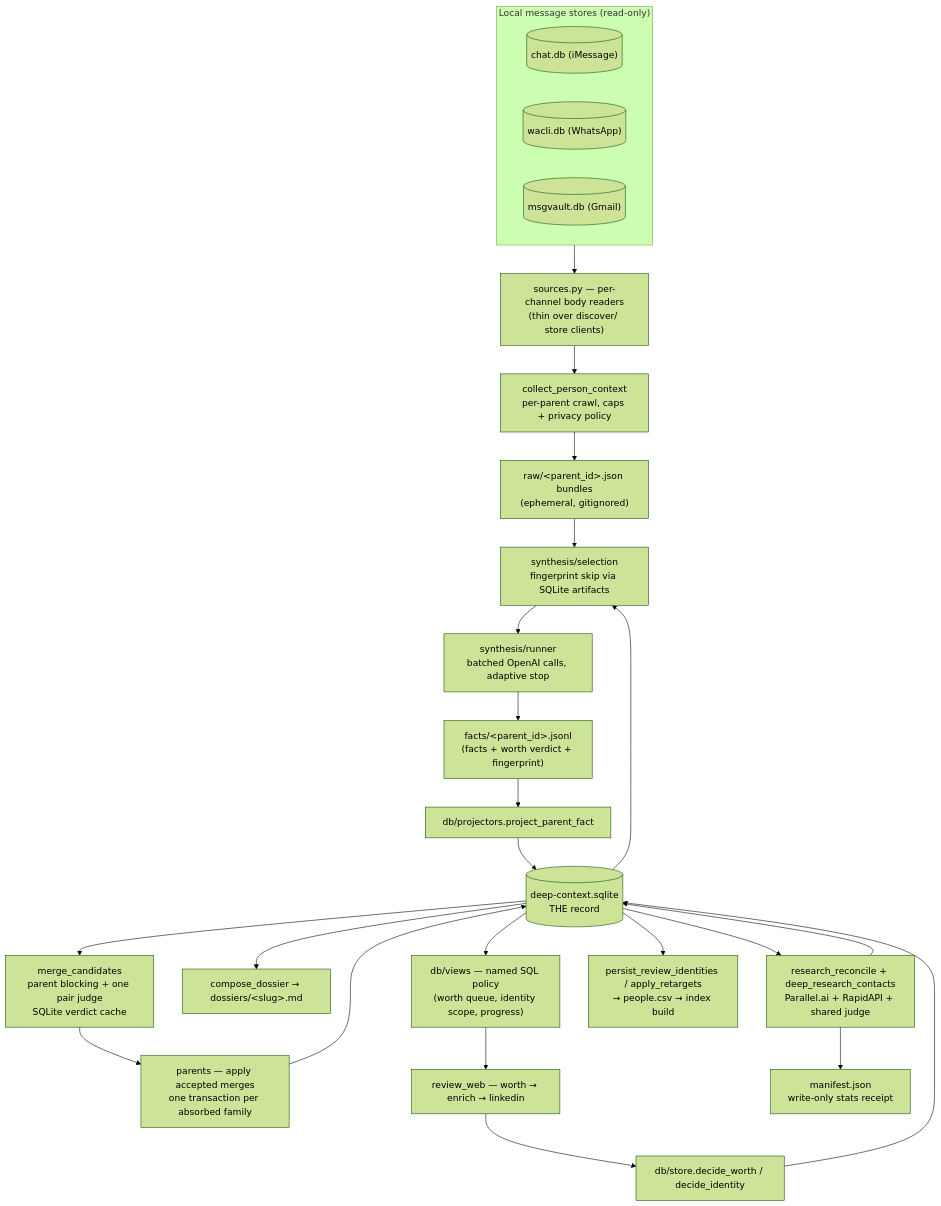
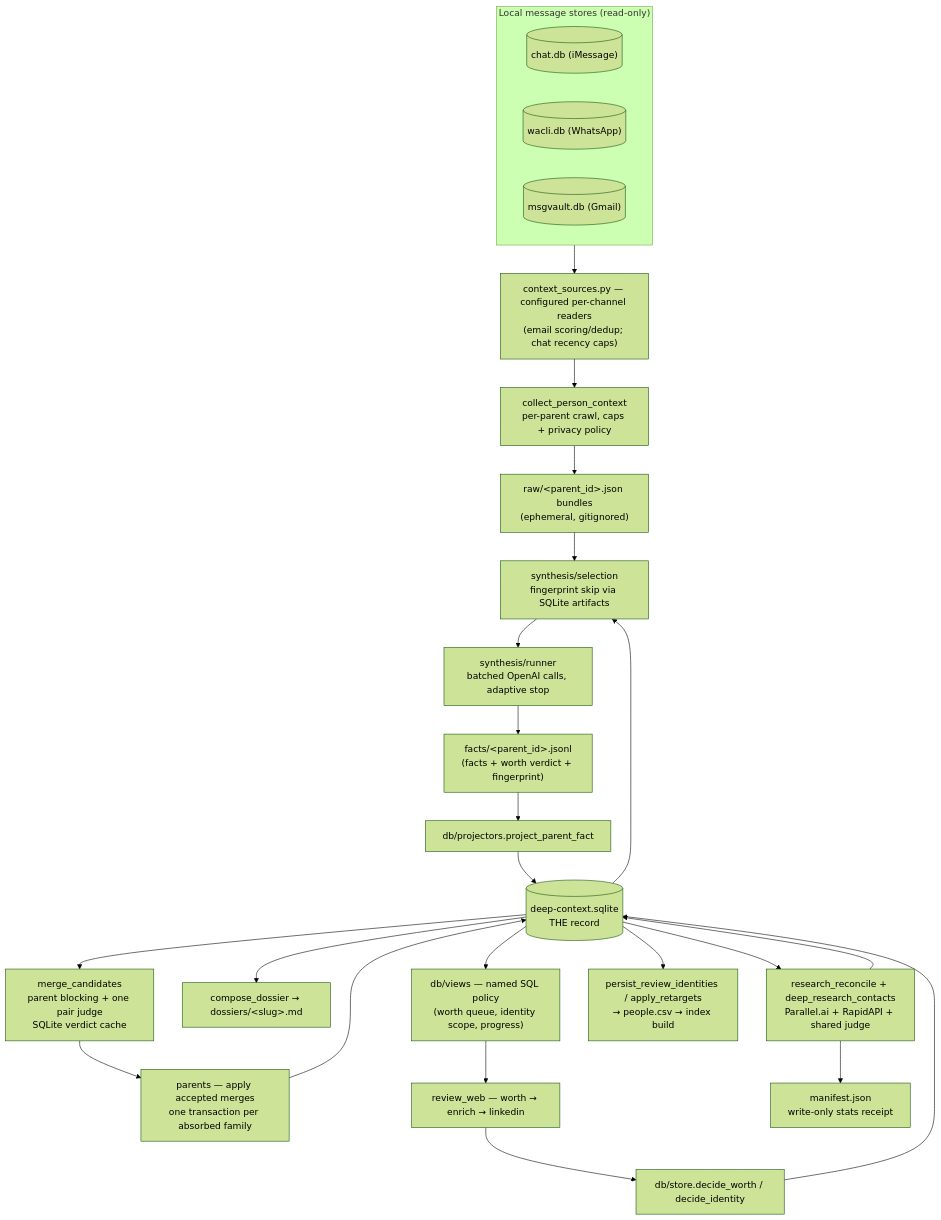
One commit to powerset-co/powerpacks changed the first of 3 diagrams in packs/ingestion/primitives/deep_context/README.md. Above: the diagram before and after it, drawn with Mermaid (forest theme). The commit also changed other lines of this file and 130 other files, not shown here.

````diff
--- a/packs/ingestion/primitives/deep_context/README.md
+++ b/packs/ingestion/primitives/deep_context/README.md
@@ -21,35 +21,35 @@
 ```mermaid
 flowchart TD
   subgraph stores["Local message stores (read-only)"]
     chatdb[("chat.db (iMessage)")]
     waclidb[("wacli.db (WhatsApp)")]
     msgvaultdb[("msgvault.db (Gmail)")]
   end
 
-  stores --> readers["sources.py — per-channel body readers\n(thin over discover/ store clients)"]
+  stores --> readers["context_sources.py — configured per-channel readers\n(email scoring/dedup; chat recency caps)"]
   readers --> collect["collect_person_context\nper-parent crawl, caps + privacy policy"]
   collect --> bundles["raw/&lt;parent_id&gt;.json bundles\n(ephemeral, gitignored)"]
 
   bundles --> select["synthesis/selection\nfingerprint skip via SQLite artifacts"]
   sqlite[("deep-context.sqlite\nTHE record")] --> select
   select --> runner["synthesis/runner\nbatched OpenAI calls, adaptive stop"]
   runner --> factsf["facts/&lt;parent_id&gt;.jsonl\n(facts + worth verdict + fingerprint)"]
   factsf --> pfacts["db/projectors.project_parent_fact"]
   pfacts --> sqlite
 
   sqlite --> cluster["merge_candidates\nparent blocking + one pair judge\nSQLite verdict cache"]
   cluster --> parents["parents — apply accepted merges\none transaction per absorbed family"]
   parents --> sqlite
   sqlite --> dossier["compose_dossier → dossiers/&lt;slug&gt;.md"]
 
   sqlite --> views["db/views — named SQL policy\n(worth queue, identity scope, progress)"]
   views --> web["review_web — worth → enrich → linkedin"]
   web --> decide["db/store.decide_worth / decide_identity"]
   decide --> sqlite
 
   sqlite --> research["research_reconcile + deep_research_contacts\nParallel.ai + RapidAPI + shared judge"]
   research --> receipt["manifest.json\nwrite-only stats receipt"]
   research --> sqlite
 
   sqlite --> realize["persist_review_identities / apply_retargets\n→ people.csv → index build"]
 ```
````
